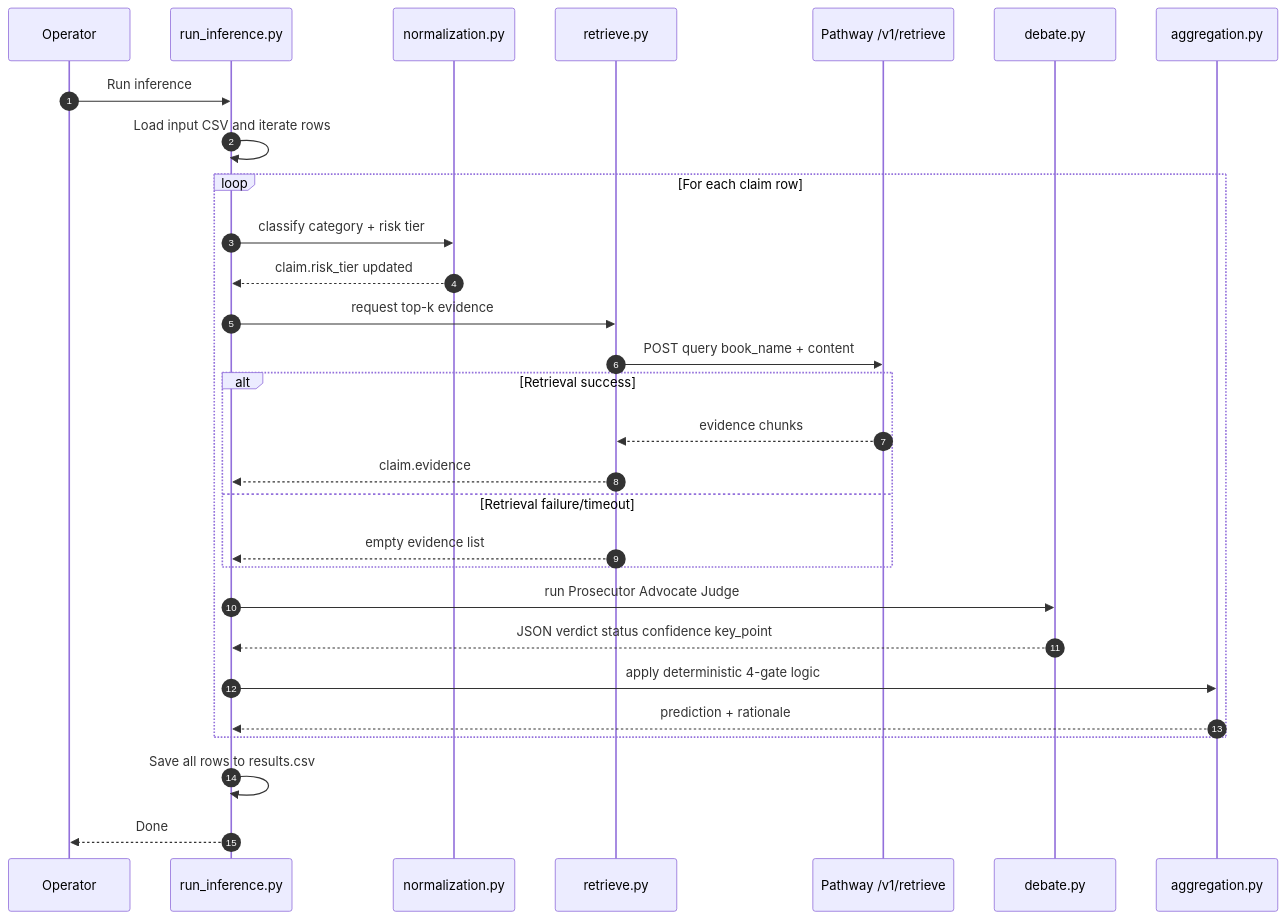
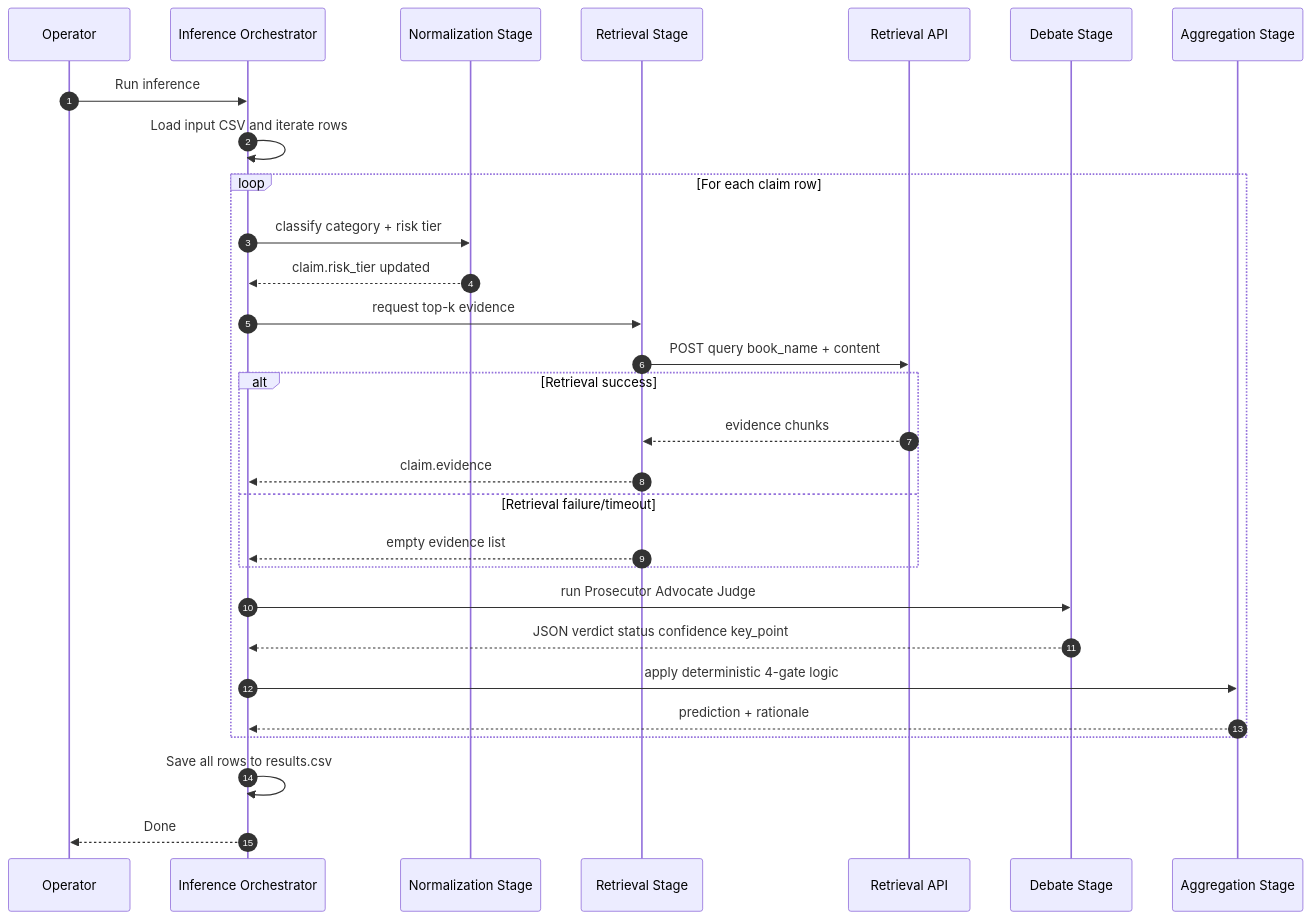
The third of 6 diagrams in README.md (Roshansingh9/Narrative-Consistency-Engine), drawn with Mermaid before and after one commit. The commit also changed other lines of this file, not shown here.

````diff
--- a/README.md
+++ b/README.md
@@ -177,38 +216,38 @@
 ```mermaid
 sequenceDiagram
 	autonumber
 	participant Dev as Operator
-	participant Infer as run_inference.py
-	participant Norm as normalization.py
-	participant Ret as retrieve.py
-	participant VS as Pathway /v1/retrieve
-	participant Debate as debate.py
-	participant Agg as aggregation.py
+	participant Infer as Inference Orchestrator
+	participant Norm as Normalization Stage
+	participant Ret as Retrieval Stage
+	participant VS as Retrieval API
+	participant Debate as Debate Stage
+	participant Agg as Aggregation Stage
 
 	Dev->>Infer: Run inference
 	Infer->>Infer: Load input CSV and iterate rows
 
 	loop For each claim row
 		Infer->>Norm: classify category + risk tier
 		Norm-->>Infer: claim.risk_tier updated
 
 		Infer->>Ret: request top-k evidence
 		Ret->>VS: POST query book_name + content
 
 		alt Retrieval success
 			VS-->>Ret: evidence chunks
 			Ret-->>Infer: claim.evidence
 		else Retrieval failure/timeout
 			Ret-->>Infer: empty evidence list
 		end
 
 		Infer->>Debate: run Prosecutor Advocate Judge
 		Debate-->>Infer: JSON verdict status confidence key_point
 
 		Infer->>Agg: apply deterministic 4-gate logic
 		Agg-->>Infer: prediction + rationale
 	end
 
 	Infer->>Infer: Save all rows to results.csv
 	Infer-->>Dev: Done
 ```
````
